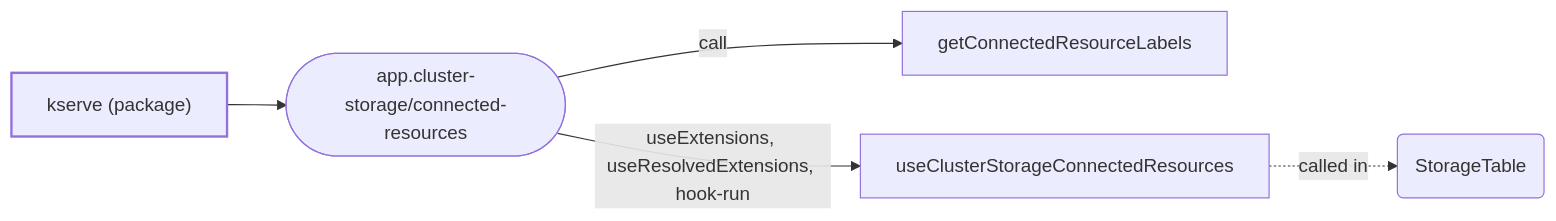
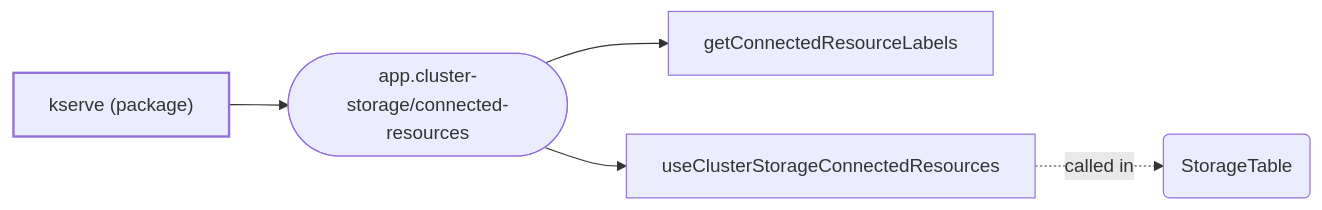
Before and after one commit to mturley/odh-dashboard: the second of 16 diagrams in packages/plugin-core/docs/extensions.md, drawn with Mermaid. The commit also changed other lines of this file and 28 other files, not shown here.

````diff
--- a/packages/plugin-core/docs/extensions.md
+++ b/packages/plugin-core/docs/extensions.md
@@ -140,14 +173,14 @@
 ```mermaid
 flowchart LR
   classDef pkg stroke-width:2px
   classDef point stroke-width:1px
   n_pkg__odh_dashboard_kserve_5ec96a["kserve (package)"]:::pkg
   n_app_cluster_storage_connected_resources_77ac0c(["app.cluster-storage/connected-resources"]):::point
   n_pkg__odh_dashboard_kserve_5ec96a --> n_app_cluster_storage_connected_resources_77ac0c
   n_symbol_frontend_src_pages_projects_screens_detail_storage_useClusterStorageConnectedResources_tsx_getConnectedResourceLabels_442025["getConnectedResourceLabels"]
-  n_app_cluster_storage_connected_resources_77ac0c -- "call" --> n_symbol_frontend_src_pages_projects_screens_detail_storage_useClusterStorageConnectedResources_tsx_getConnectedResourceLabels_442025
+  n_app_cluster_storage_connected_resources_77ac0c --> n_symbol_frontend_src_pages_projects_screens_detail_storage_useClusterStorageConnectedResources_tsx_getConnectedResourceLabels_442025
   n_symbol_frontend_src_pages_projects_screens_detail_storage_useClusterStorageConnectedResources_tsx_useClusterStorageConnectedResources_f0ea6b["useClusterStorageConnectedResources"]
-  n_app_cluster_storage_connected_resources_77ac0c -- "useExtensions, useResolvedExtensions, hook-run" --> n_symbol_frontend_src_pages_projects_screens_detail_storage_useClusterStorageConnectedResources_tsx_useClusterStorageConnectedResources_f0ea6b
+  n_app_cluster_storage_connected_resources_77ac0c --> n_symbol_frontend_src_pages_projects_screens_detail_storage_useClusterStorageConnectedResources_tsx_useClusterStorageConnectedResources_f0ea6b
   n_symbol_frontend_src_pages_projects_screens_detail_storage_StorageTable_tsx_StorageTable_8b7ed5("StorageTable")
   n_symbol_frontend_src_pages_projects_screens_detail_storage_useClusterStorageConnectedResources_tsx_useClusterStorageConnectedResources_f0ea6b -. "called in" .-> n_symbol_frontend_src_pages_projects_screens_detail_storage_StorageTable_tsx_StorageTable_8b7ed5
 ```
````
